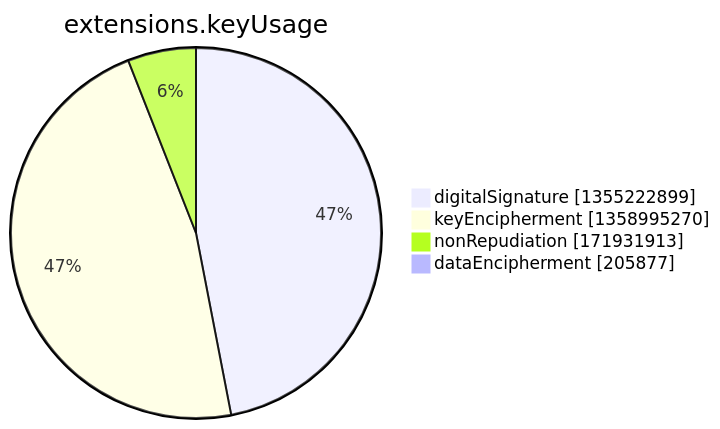
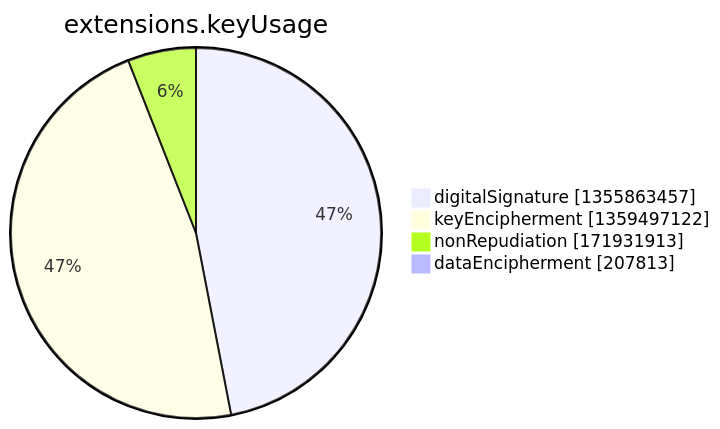
Before and after one commit to christiankrug/ctmonitor_visualization: the seventh of 15 diagrams in argon2022/README.md, drawn with Mermaid. The commit also changed other lines of this file, not shown here.

````diff
--- a/argon2022/README.md
+++ b/argon2022/README.md
@@ -2750,8 +2750,8 @@
 ```mermaid
 pie showData
 title extensions.keyUsage
-"digitalSignature" :1355222899
-"keyEncipherment" :1358995270
+"digitalSignature" :1355863457
+"keyEncipherment" :1359497122
 "nonRepudiation" :171931913
-"dataEncipherment" :205877
+"dataEncipherment" :207813
 ```
````
